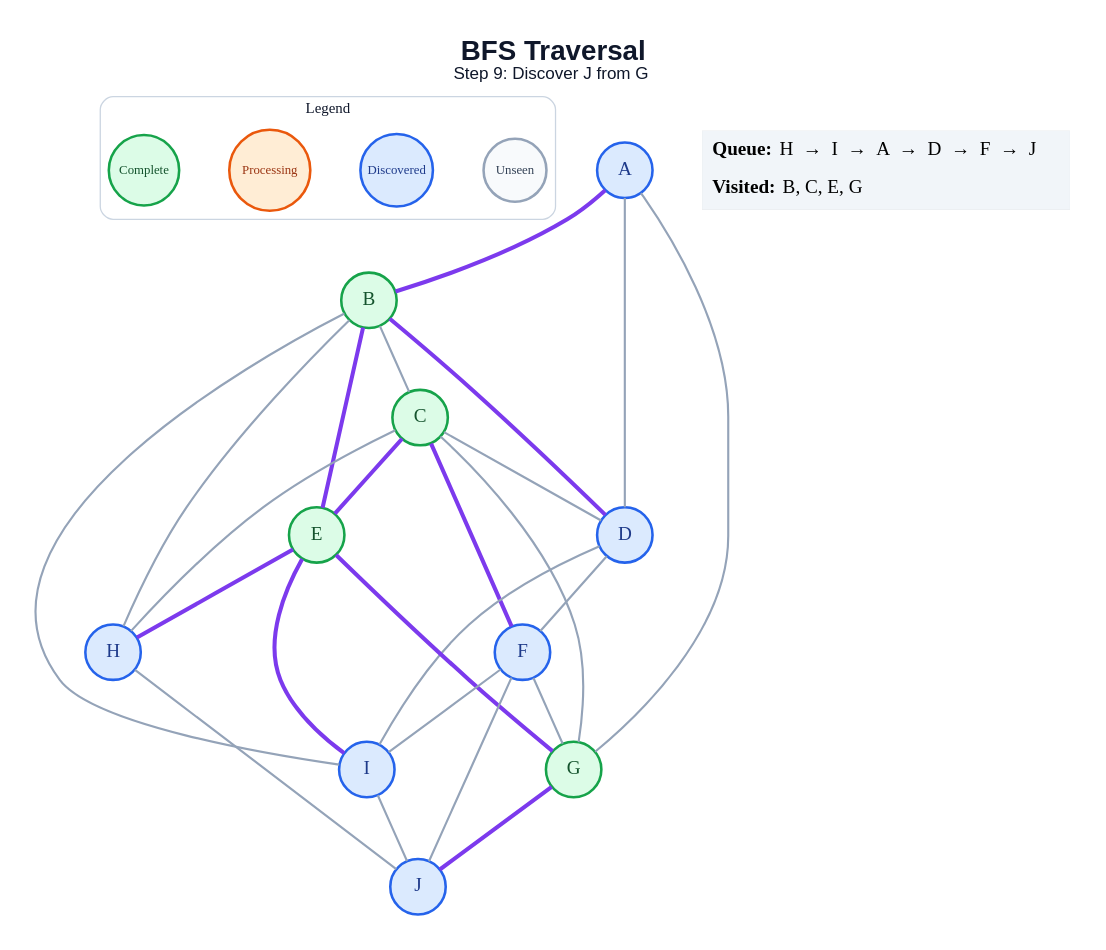
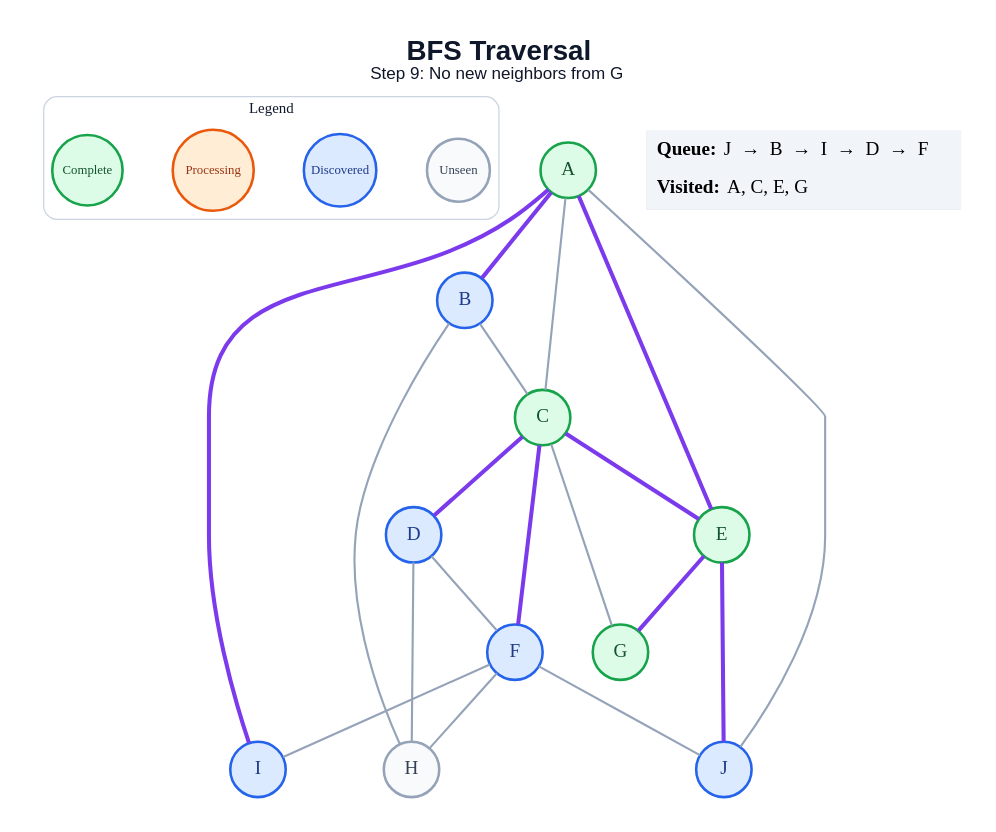
Before and after one commit to amanghodawala9/ai-slop: the diagram in generated/specific-node/bfs/step_09.dot, drawn with Graphviz. The commit also changed 178 other files, not shown here.

```diff
--- a/generated/specific-node/bfs/step_09.dot
+++ b/generated/specific-node/bfs/step_09.dot
@@ -1,53 +1,47 @@
 graph traversal {
   graph [layout=dot, rankdir=TB, bgcolor="#FFFFFF", pad="0.35", nodesep="0.65", ranksep="0.8", fontname="Arial"];
   node [shape=circle, style="filled", fontname="Arial Bold", fontsize=18, width=0.72, fixedsize=true, penwidth=2.4];
   edge [color="#94A3B8", penwidth=2.0];
-  label=<<B>BFS Traversal</B><BR/><FONT POINT-SIZE="16">Step 9: Discover J from G</FONT>>; labelloc="t"; fontsize=26; fontname="Arial"; fontcolor="#0F172A";
+  label=<<B>BFS Traversal</B><BR/><FONT POINT-SIZE="16">Step 9: No new neighbors from G</FONT>>; labelloc="t"; fontsize=26; fontname="Arial"; fontcolor="#0F172A";
   subgraph cluster_legend { label="Legend"; color="#CBD5E1"; penwidth=1.2; style="rounded"; fontsize=14; fontname="Arial Bold";
     key_unseen [label="Unseen", fillcolor="#F8FAFC", color="#94A3B8", fontcolor="#334155", fontsize=12, width=0.82];
     key_frontier [label="Discovered", fillcolor="#DBEAFE", color="#2563EB", fontcolor="#1E3A8A", fontsize=12, width=0.95];
     key_current [label="Processing", fillcolor="#FFEDD5", color="#EA580C", fontcolor="#9A3412", fontsize=12, width=1.05];
     key_done [label="Complete", fillcolor="#DCFCE7", color="#16A34A", fontcolor="#14532D", fontsize=12, width=0.92];
     { rank=same; key_unseen; key_frontier; key_current; key_done; }
   }
-  A [fillcolor="#DBEAFE", color="#2563EB", fontcolor="#1E3A8A"];
-  B [fillcolor="#DCFCE7", color="#16A34A", fontcolor="#14532D"];
+  A [fillcolor="#DCFCE7", color="#16A34A", fontcolor="#14532D"];
+  B [fillcolor="#DBEAFE", color="#2563EB", fontcolor="#1E3A8A"];
   C [fillcolor="#DCFCE7", color="#16A34A", fontcolor="#14532D"];
   D [fillcolor="#DBEAFE", color="#2563EB", fontcolor="#1E3A8A"];
   E [fillcolor="#DCFCE7", color="#16A34A", fontcolor="#14532D"];
   F [fillcolor="#DBEAFE", color="#2563EB", fontcolor="#1E3A8A"];
   G [fillcolor="#DCFCE7", color="#16A34A", fontcolor="#14532D"];
-  H [fillcolor="#DBEAFE", color="#2563EB", fontcolor="#1E3A8A"];
+  H [fillcolor="#F8FAFC", color="#94A3B8", fontcolor="#334155"];
   I [fillcolor="#DBEAFE", color="#2563EB", fontcolor="#1E3A8A"];
   J [fillcolor="#DBEAFE", color="#2563EB", fontcolor="#1E3A8A"];
   A -- B [color="#7C3AED", penwidth=3.8];
-  A -- D;
-  A -- G;
+  A -- C;
+  A -- E [color="#7C3AED", penwidth=3.8];
+  A -- I [color="#7C3AED", penwidth=3.8];
+  A -- J;
   B -- C;
-  B -- D [color="#7C3AED", penwidth=3.8];
-  B -- E [color="#7C3AED", penwidth=3.8];
   B -- H;
-  B -- I;
-  C -- D;
+  C -- D [color="#7C3AED", penwidth=3.8];
   C -- E [color="#7C3AED", penwidth=3.8];
   C -- F [color="#7C3AED", penwidth=3.8];
   C -- G;
-  C -- H;
   D -- F;
-  D -- I;
+  D -- H;
   E -- G [color="#7C3AED", penwidth=3.8];
-  E -- H [color="#7C3AED", penwidth=3.8];
-  E -- I [color="#7C3AED", penwidth=3.8];
-  F -- G;
+  E -- J [color="#7C3AED", penwidth=3.8];
+  F -- H;
   F -- I;
   F -- J;
-  G -- J [color="#7C3AED", penwidth=3.8];
-  H -- J;
-  I -- J;
   status [shape=plain, fixedsize=false, width=0, height=0, margin=0, label=<
     <TABLE BORDER="0" CELLBORDER="0" CELLPADDING="7" BGCOLOR="#F1F5F9">
-      <TR><TD ALIGN="LEFT"><B>Queue:</B> H  →  I  →  A  →  D  →  F  →  J</TD></TR>
-      <TR><TD ALIGN="LEFT"><B>Visited:</B> B, C, E, G</TD></TR>
+      <TR><TD ALIGN="LEFT"><B>Queue:</B> J  →  B  →  I  →  D  →  F</TD></TR>
+      <TR><TD ALIGN="LEFT"><B>Visited:</B> A, C, E, G</TD></TR>
     </TABLE>
   >];
 }
```
